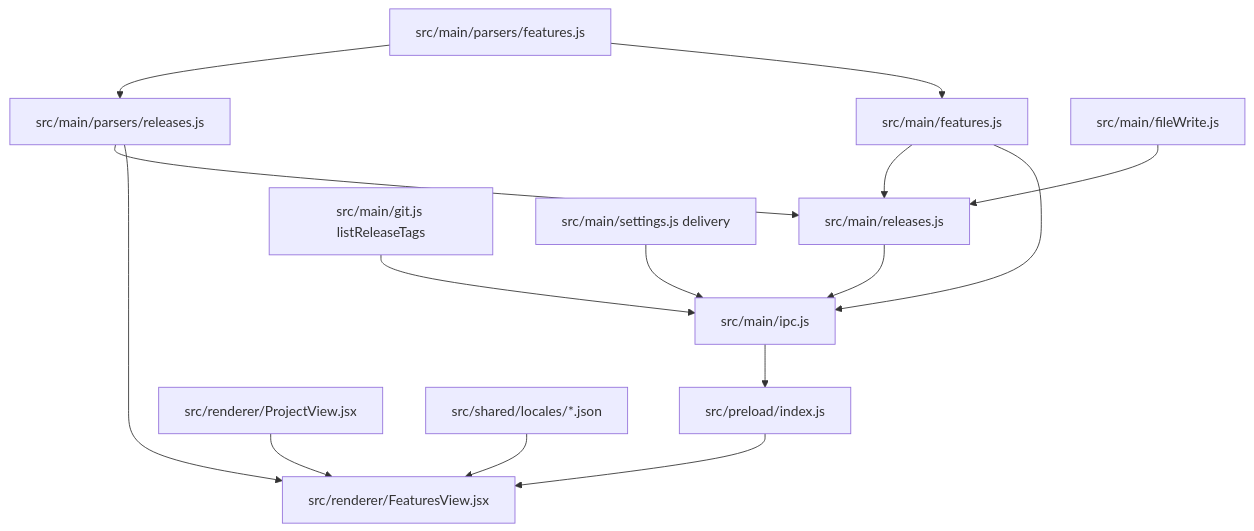
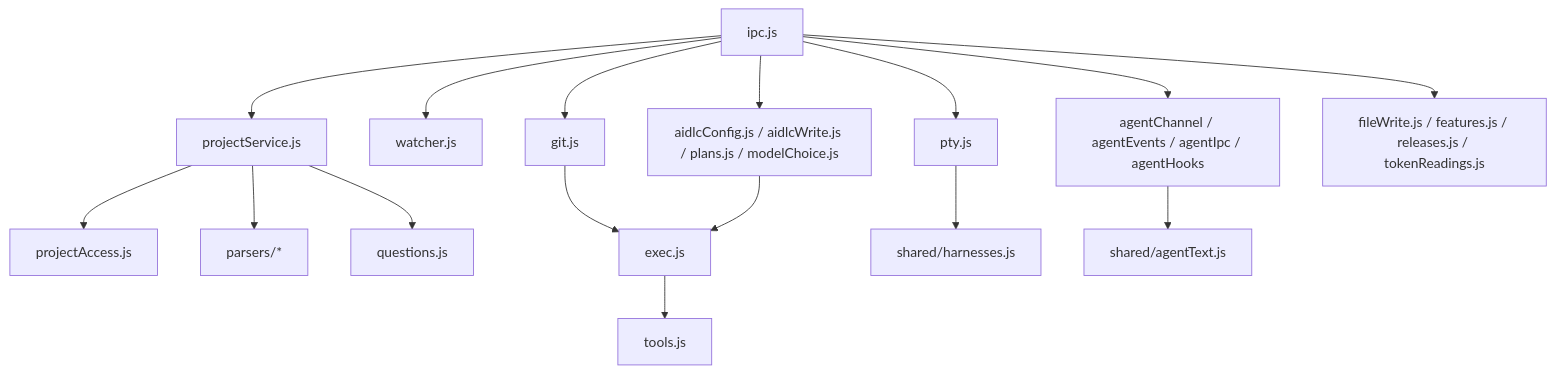
Before and after one commit to tochman/ai-dlc-thadeus: the diagram in aidlc/spaces/default/codekb/aidlc-dash/dependencies.md, drawn with Mermaid. The commit also changed other lines of this file and 48 other files, not shown here.

First line of the commit message:
feat(US-0507): show what the agents are doing in the token detail view (#55)

````diff
--- a/aidlc/spaces/default/codekb/aidlc-dash/dependencies.md
+++ b/aidlc/spaces/default/codekb/aidlc-dash/dependencies.md
@@ -97,17 +7,18 @@
 ```mermaid
 flowchart TD
-  PF["src/main/parsers/features.js"] --> PR["src/main/parsers/releases.js"]
-  PF --> FL["src/main/features.js"]
-  PR --> RS["src/main/releases.js"]
-  FL --> RS
-  FW["src/main/fileWrite.js"] --> RS
-  GIT["src/main/git.js listReleaseTags"] --> IPC["src/main/ipc.js"]
-  RS --> IPC
-  FL --> IPC
-  SET["src/main/settings.js delivery"] --> IPC
-  IPC --> PRE["src/preload/index.js"]
-  PRE --> FV["src/renderer/FeaturesView.jsx"]
-  PR --> FV
-  PV["src/renderer/ProjectView.jsx"] --> FV
-  LOC["src/shared/locales/*.json"] --> FV
+  IPC[ipc.js] --> PS[projectService.js]
+  IPC --> W[watcher.js]
+  IPC --> PTY[pty.js]
+  IPC --> GIT[git.js]
+  IPC --> CFG[aidlcConfig.js / aidlcWrite.js / plans.js / modelChoice.js]
+  IPC --> AG[agentChannel / agentEvents / agentIpc / agentHooks]
+  IPC --> FW[fileWrite.js / features.js / releases.js / tokenReadings.js]
+  PS --> PA[projectAccess.js]
+  PS --> P[parsers/*]
+  PS --> Q[questions.js]
+  GIT --> EX[exec.js]
+  CFG --> EX
+  PTY --> H[shared/harnesses.js]
+  EX --> T[tools.js]
+  AG --> AT[shared/agentText.js]
 ```
````
